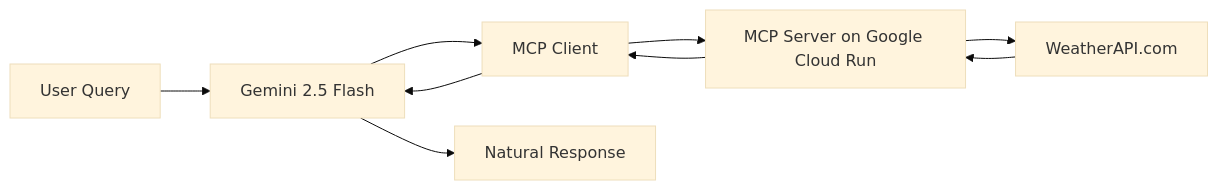
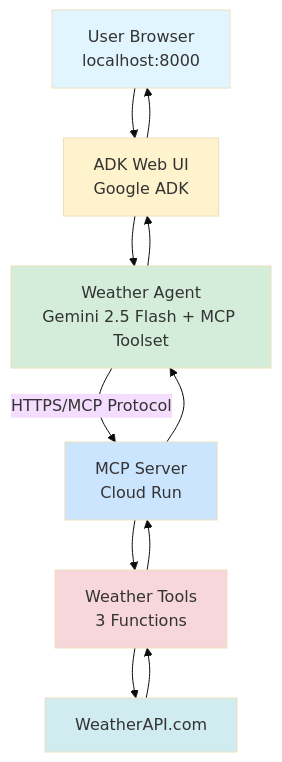
Before and after one commit to TanNhatCMS/mcp-on-cloudrun: the diagram in README.md, drawn with Mermaid (base theme). The commit also changed other lines of this file and 14 other files, not shown here.

Commit message:
Using AI Agen as MCP client

````diff
--- a/README.md
+++ b/README.md
@@ -74,11 +89,20 @@
 ```mermaid
-graph LR
-    A[User Query] --> B[Gemini 2.5 Flash]
-    B --> C[MCP Client]
-    C --> D[MCP Server on Google Cloud Run]
-    D --> E[WeatherAPI.com]
+graph TB
+    A[User Browser<br/>localhost:8000] --> B[ADK Web UI<br/>Google ADK]
+    B --> C[Weather Agent<br/>Gemini 2.5 Flash + MCP Toolset]
+    C --> |HTTPS/MCP Protocol| D[MCP Server<br/>Cloud Run]
+    D --> E[Weather Tools<br/>3 Functions]
+    E --> F[WeatherAPI.com]
+    F --> E
     E --> D
     D --> C
     C --> B
-    B --> F[Natural Response]
+    B --> A
+    
+    style A fill:#e1f5ff
+    style B fill:#fff3cd
+    style C fill:#d4edda
+    style D fill:#cce5ff
+    style E fill:#f8d7da
+    style F fill:#d1ecf1
 ```
````
